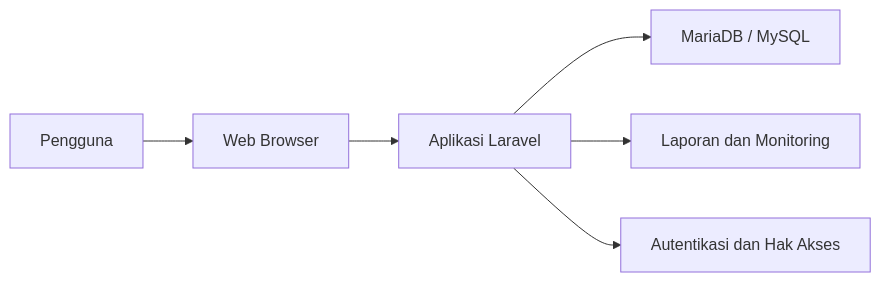
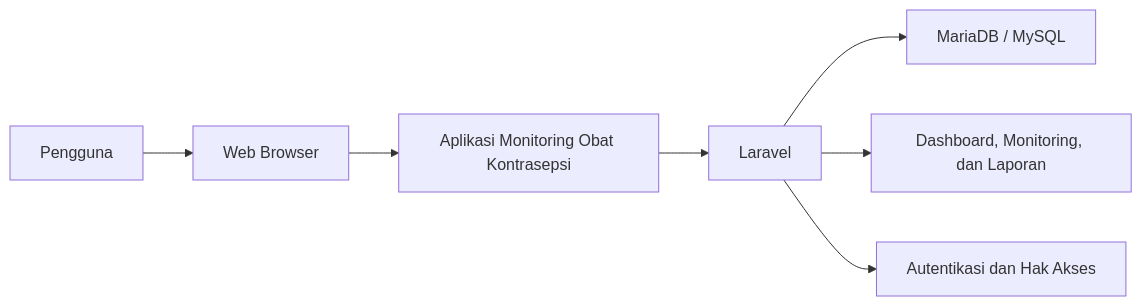
The first of 5 diagrams in docs/bab-4-hasil-dan-pembahasan.md (MochJuang/aliftha-monitroing-obat), drawn with Mermaid before and after one commit. The commit also changed other lines of this file and 114 other files, not shown here.

````diff
--- a/docs/bab-4-hasil-dan-pembahasan.md
+++ b/docs/bab-4-hasil-dan-pembahasan.md
@@ -40,8 +41,9 @@
 ```mermaid
 flowchart LR
     A["Pengguna"] --> B["Web Browser"]
-    B --> C["Aplikasi Laravel"]
-    C --> D["MariaDB / MySQL"]
-    C --> E["Laporan dan Monitoring"]
-    C --> F["Autentikasi dan Hak Akses"]
+    B --> C["Aplikasi Monitoring Obat Kontrasepsi"]
+    C --> D["Laravel"]
+    D --> E["MariaDB / MySQL"]
+    D --> F["Dashboard, Monitoring, dan Laporan"]
+    D --> G["Autentikasi dan Hak Akses"]
 ```
````
